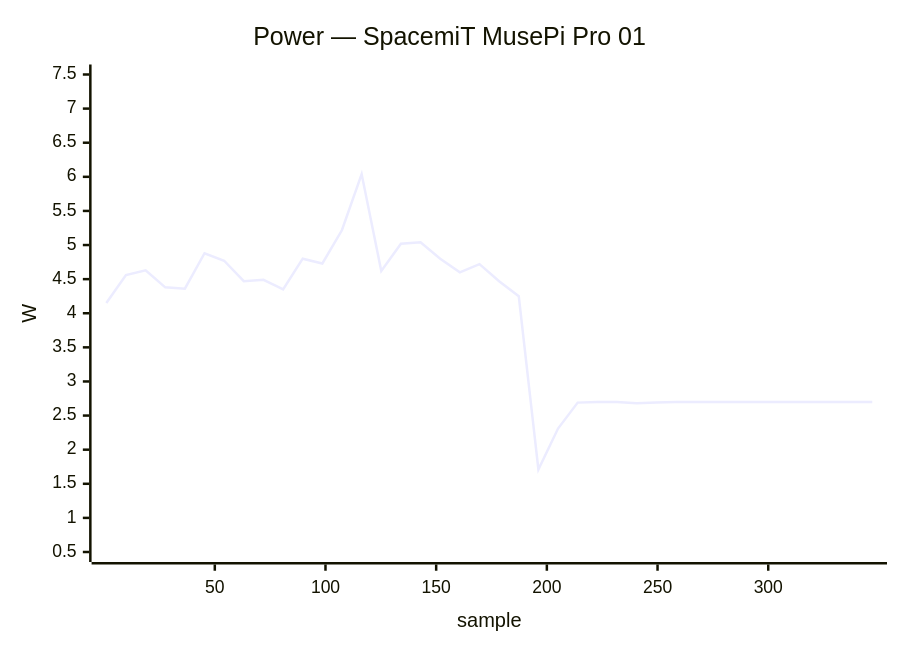
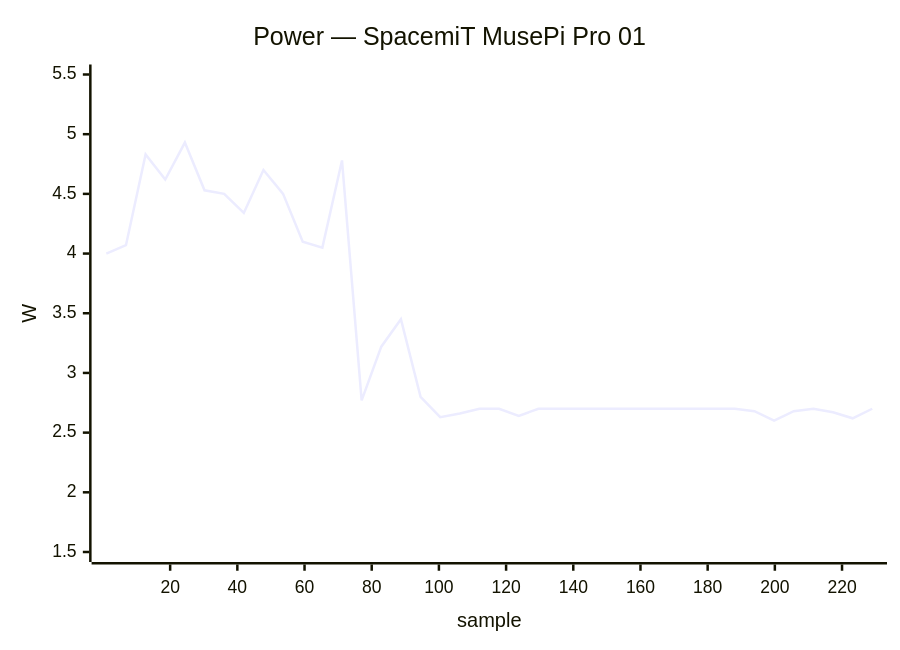
Before and after one commit to armbian/documentation: the fifth of 33 diagrams in docs/status/board-tests.md, drawn with Mermaid. The commit also changed other lines of this file, not shown here.

````diff
--- a/docs/status/board-tests.md
+++ b/docs/status/board-tests.md
@@ -214,7 +213,7 @@
 ```mermaid
 xychart-beta
     title "Power — SpacemiT MusePi Pro 01"
-    x-axis "sample" 1 --> 347
-    y-axis "W" 0.5 --> 7.5
-    line [4.15, 4.56, 4.63, 4.38, 4.36, 4.88, 4.77, 4.47, 4.49, 4.35, 4.80, 4.73, 5.22, 6.04, 4.62, 5.02, 5.04, 4.80, 4.60, 4.72, 4.47, 4.25, 1.71, 2.31, 2.69, 2.70, 2.70, 2.68, 2.69, 2.70, 2.70, 2.70, 2.70, 2.70, 2.70, 2.70, 2.70, 2.70, 2.70, 2.70]
+    x-axis "sample" 1 --> 229
+    y-axis "W" 1.5 --> 5.5
+    line [4.00, 4.07, 4.83, 4.62, 4.93, 4.53, 4.50, 4.34, 4.70, 4.50, 4.10, 4.05, 4.78, 2.77, 3.22, 3.45, 2.80, 2.63, 2.66, 2.70, 2.70, 2.64, 2.70, 2.70, 2.70, 2.70, 2.70, 2.70, 2.70, 2.70, 2.70, 2.70, 2.70, 2.68, 2.60, 2.68, 2.70, 2.67, 2.62, 2.70]
 ```
````
